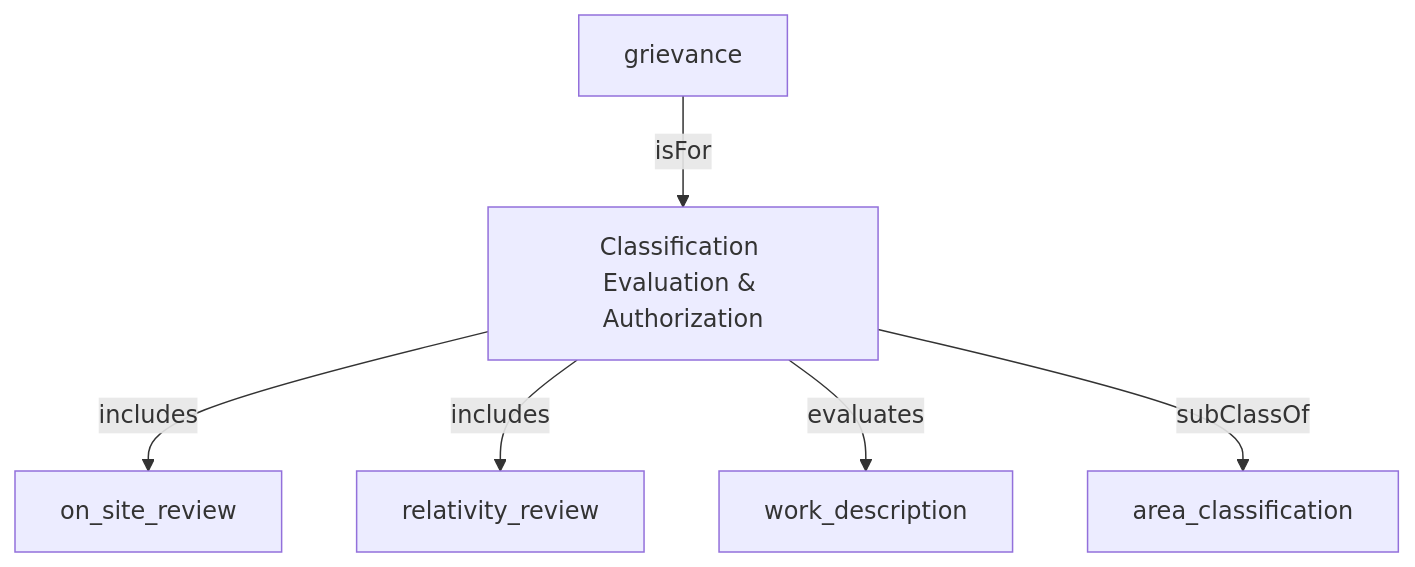
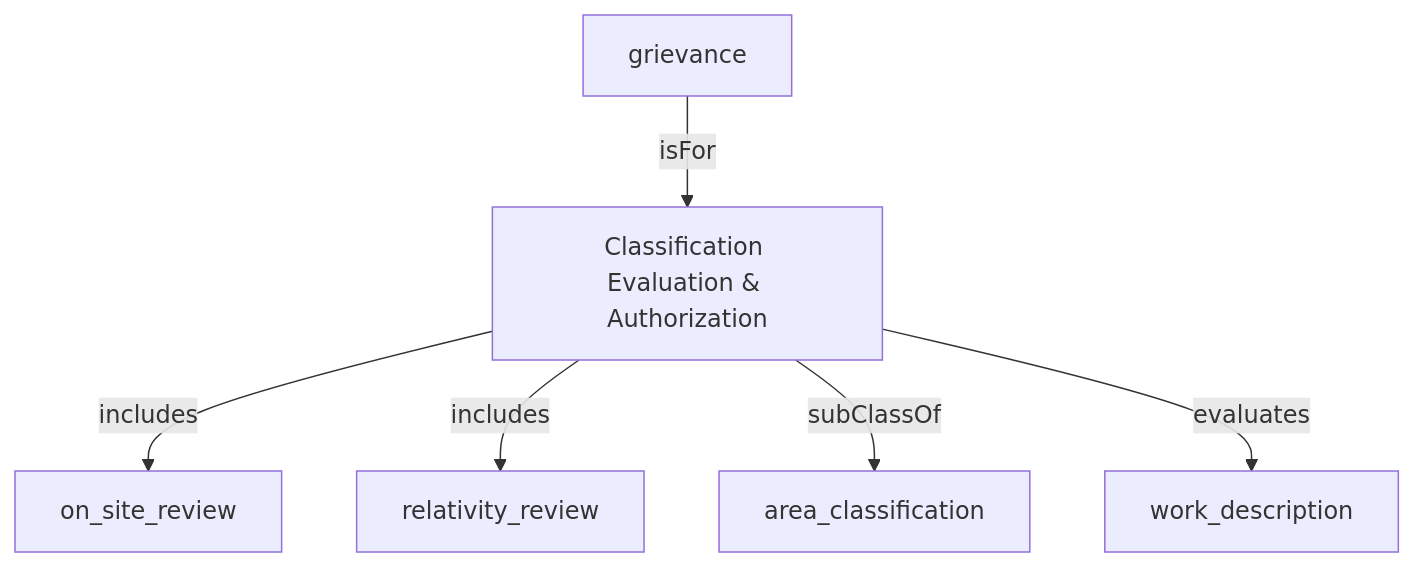
The diagram in content/hr_data_model/classification_evaluation_authorization.md (heidingaway/heidi2), drawn with Mermaid before and after one commit. The commit also changed other lines of this file and 350 other files, not shown here.

````diff
--- a/content/hr_data_model/classification_evaluation_authorization.md
+++ b/content/hr_data_model/classification_evaluation_authorization.md
@@ -25,14 +26,14 @@
 ```mermaid
 graph TD
   Classification_Evaluation__Authorization["Classification Evaluation & Authorization"]:::current-page-node
   area_classification["area_classification"]
   work_description["work_description"]
   on_site_review["on_site_review"]
   relativity_review["relativity_review"]
   grievance["grievance"]
+  grievance-->|" isFor "|Classification_Evaluation__Authorization
   Classification_Evaluation__Authorization-->|" includes "|on_site_review
   Classification_Evaluation__Authorization-->|" includes "|relativity_review
+  Classification_Evaluation__Authorization-->|" subClassOf "|area_classification
   Classification_Evaluation__Authorization-->|" evaluates "|work_description
-  grievance-->|" isFor "|Classification_Evaluation__Authorization
-  Classification_Evaluation__Authorization-->|" subClassOf "|area_classification
 ```
````
